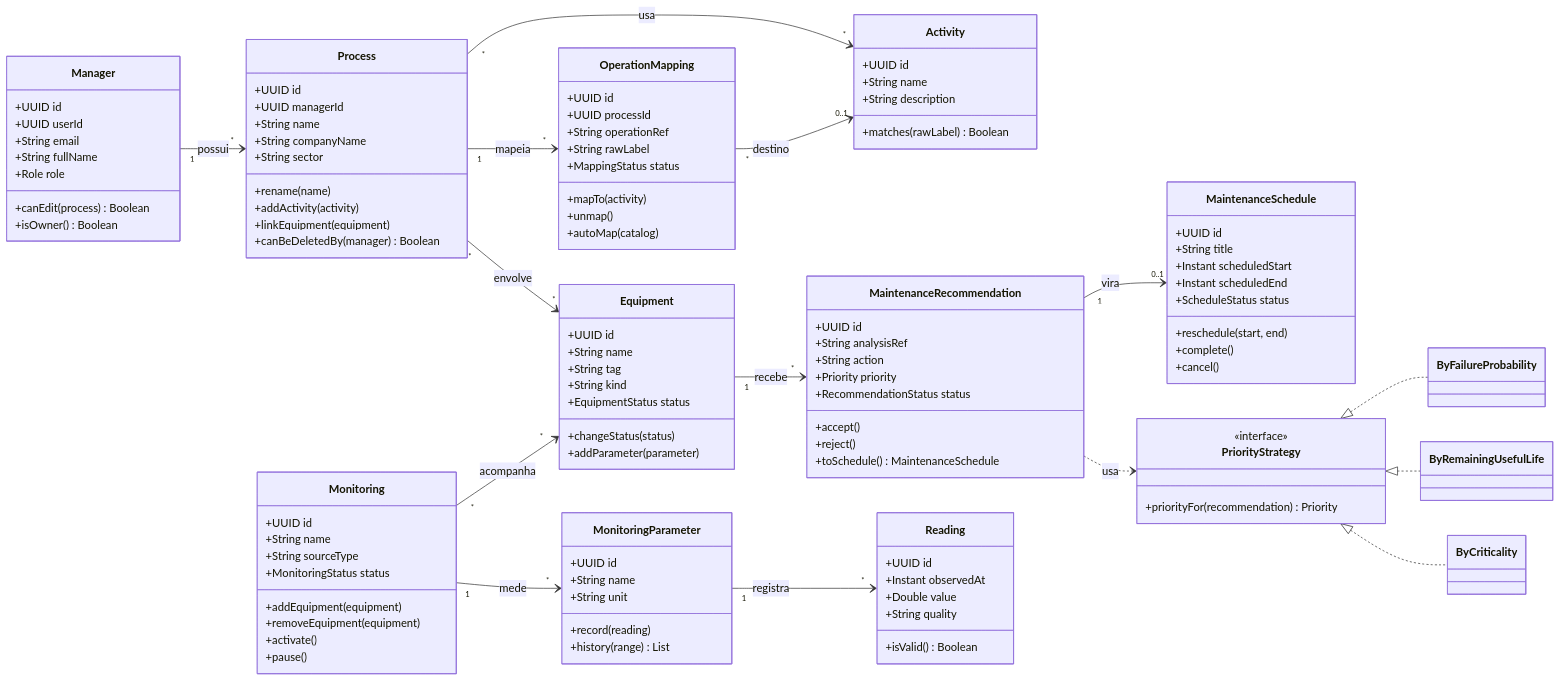
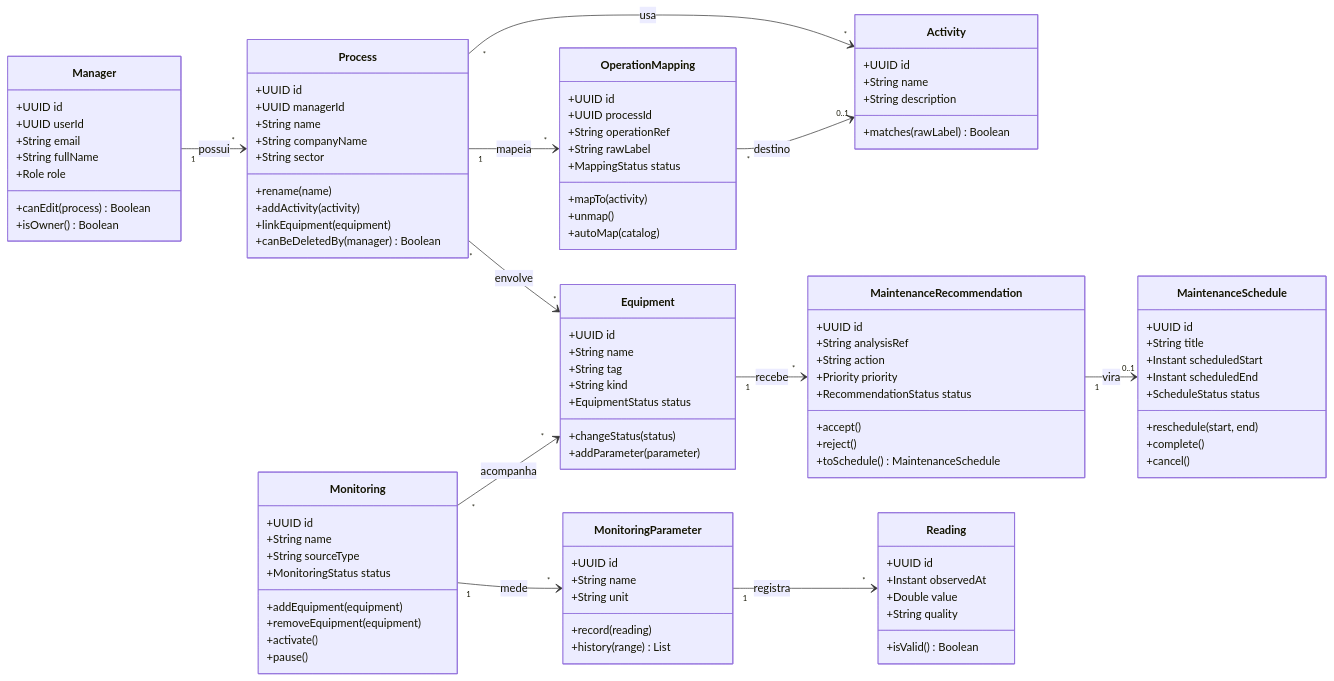
One commit to aland3r/deviante-docs changed the diagram in architecture/c4/level 4.mmd. Above: the diagram before and after it, drawn with Mermaid. The commit also changed 1 other file, not shown here.

Commit message:
Reuso: trocar Strategy de prioridade por Adapter (IPDD/ADWIN, pm4py, Supabase Auth)
Claude-Session: https://claude.ai/code/session_01AmE5KfE7b9iNvkkPZemtYe

```diff
--- a/architecture/c4/level 4.mmd
+++ b/architecture/c4/level 4.mmd
@@ -1,114 +1,103 @@
 classDiagram
     direction LR
 
     class Manager {
       +UUID id
       +UUID userId
       +String email
       +String fullName
       +Role role
       +canEdit(process) Boolean
       +isOwner() Boolean
     }
     class Process {
       +UUID id
       +UUID managerId
       +String name
       +String companyName
       +String sector
       +rename(name)
       +addActivity(activity)
       +linkEquipment(equipment)
       +canBeDeletedBy(manager) Boolean
     }
     class Activity {
       +UUID id
       +String name
       +String description
       +matches(rawLabel) Boolean
     }
     class OperationMapping {
       +UUID id
       +UUID processId
       +String operationRef
       +String rawLabel
       +MappingStatus status
       +mapTo(activity)
       +unmap()
       +autoMap(catalog)
     }
     class Equipment {
       +UUID id
       +String name
       +String tag
       +String kind
       +EquipmentStatus status
       +changeStatus(status)
       +addParameter(parameter)
     }
     class Monitoring {
       +UUID id
       +String name
       +String sourceType
       +MonitoringStatus status
       +addEquipment(equipment)
       +removeEquipment(equipment)
       +activate()
       +pause()
     }
     class MonitoringParameter {
       +UUID id
       +String name
       +String unit
       +record(reading)
       +history(range) List
     }
     class Reading {
       +UUID id
       +Instant observedAt
       +Double value
       +String quality
       +isValid() Boolean
     }
     class MaintenanceRecommendation {
       +UUID id
       +String analysisRef
       +String action
       +Priority priority
       +RecommendationStatus status
       +accept()
       +reject()
       +toSchedule() MaintenanceSchedule
     }
     class MaintenanceSchedule {
       +UUID id
       +String title
       +Instant scheduledStart
       +Instant scheduledEnd
       +ScheduleStatus status
       +reschedule(start, end)
       +complete()
       +cancel()
     }
-    class PriorityStrategy {
-      <<interface>>
-      +priorityFor(recommendation) Priority
-    }
-    class ByFailureProbability
-    class ByRemainingUsefulLife
-    class ByCriticality
 
     Manager "1" --> "*" Process : possui
     Process "*" --> "*" Activity : usa
     Process "1" --> "*" OperationMapping : mapeia
     OperationMapping "*" --> "0..1" Activity : destino
     Process "*" --> "*" Equipment : envolve
     Monitoring "*" --> "*" Equipment : acompanha
     Monitoring "1" --> "*" MonitoringParameter : mede
     MonitoringParameter "1" --> "*" Reading : registra
     Equipment "1" --> "*" MaintenanceRecommendation : recebe
     MaintenanceRecommendation "1" --> "0..1" MaintenanceSchedule : vira
-    MaintenanceRecommendation ..> PriorityStrategy : usa
-    PriorityStrategy <|.. ByFailureProbability
-    PriorityStrategy <|.. ByRemainingUsefulLife
-    PriorityStrategy <|.. ByCriticality
```
